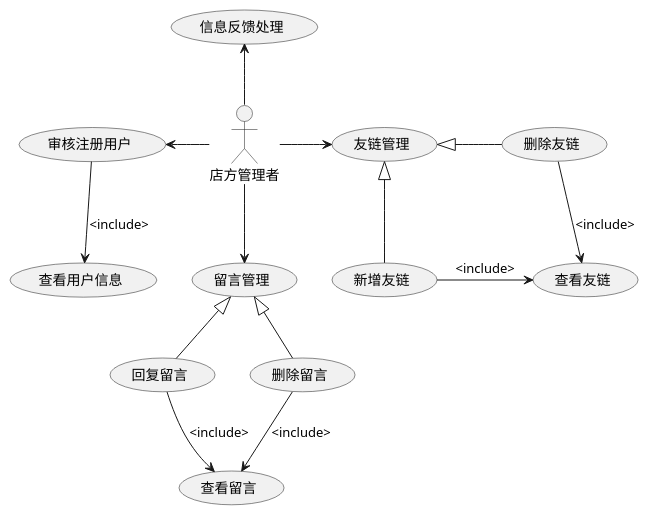
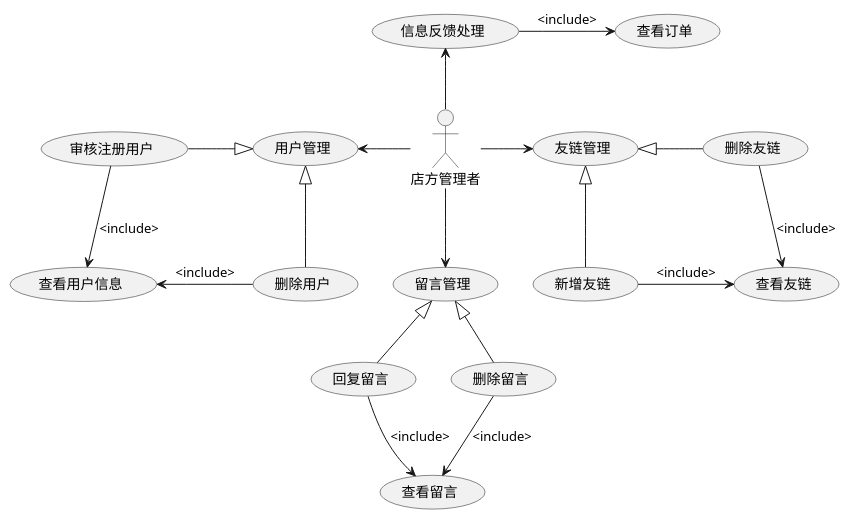
Before and after one commit to myuanz/plantuml-course-project: the diagram in 后台用例.iuml, drawn with PlantUML. The commit also changed 1 other file, not shown here.

```diff
--- a/后台用例.iuml
+++ b/后台用例.iuml
@@ -1,25 +1,31 @@
 @startuml 后台用例-系统管理
 actor 店方管理者 as gl
 
-gl -left-> (审核注册用户)
+
+gl -left-> (用户管理)
+
+(用户管理) <|-left- (审核注册用户)
+(用户管理) <|-down- (删除用户)
+
 (审核注册用户) -down-> (查看用户信息): <include>
+(删除用户) -left-> (查看用户信息): <include>
 
 gl -down-> (留言管理)
 (留言管理) <|-down- (回复留言)
 (回复留言) -down-> (查看留言): <include>
 (留言管理) <|-down- (删除留言)
 (删除留言) -down-> (查看留言): <include>
 ' (留言管理) <|-down- (查看留言)
 
 gl -right-> (友链管理)
 (友链管理) <|-down- (新增友链)
 (友链管理) <|-right- (删除友链)
 (新增友链) -right-> (查看友链): <include>
 (删除友链) -down-> (查看友链): <include>
 
 
 
 gl -up-> (信息反馈处理)
-
+(信息反馈处理) -> (查看订单) : <include>
 
 @enduml
```
